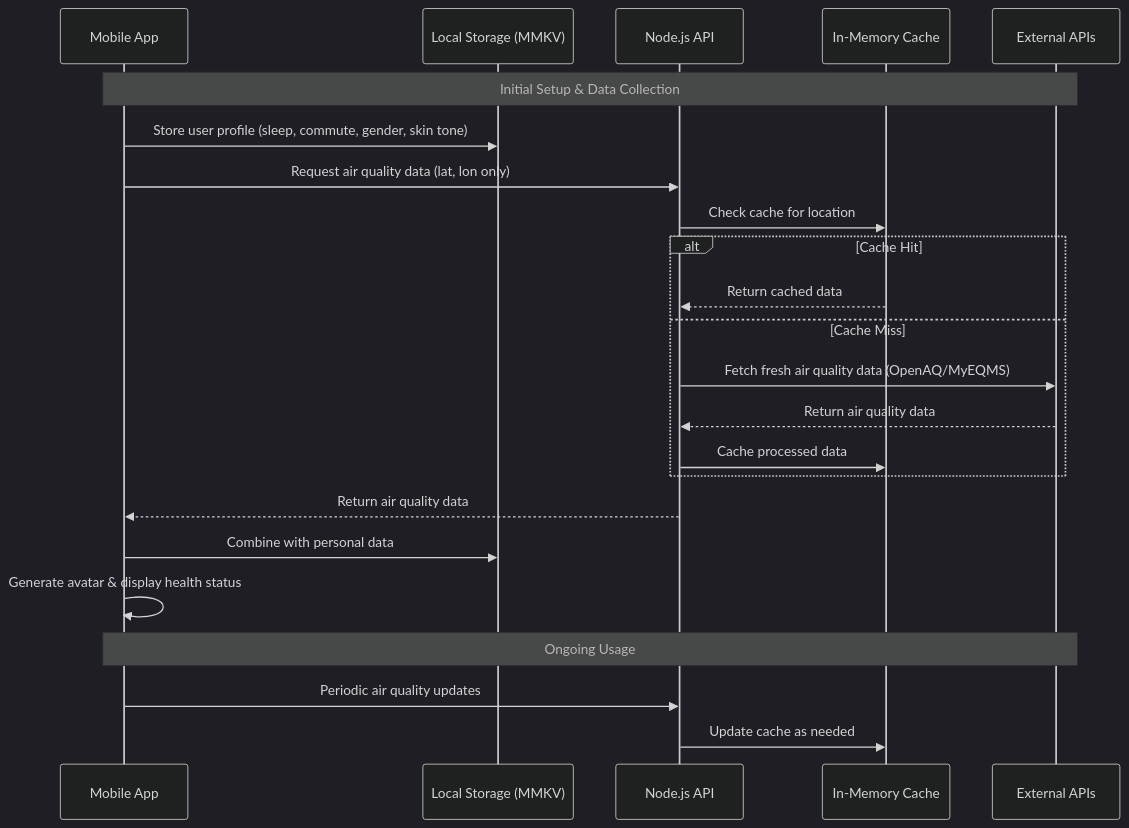
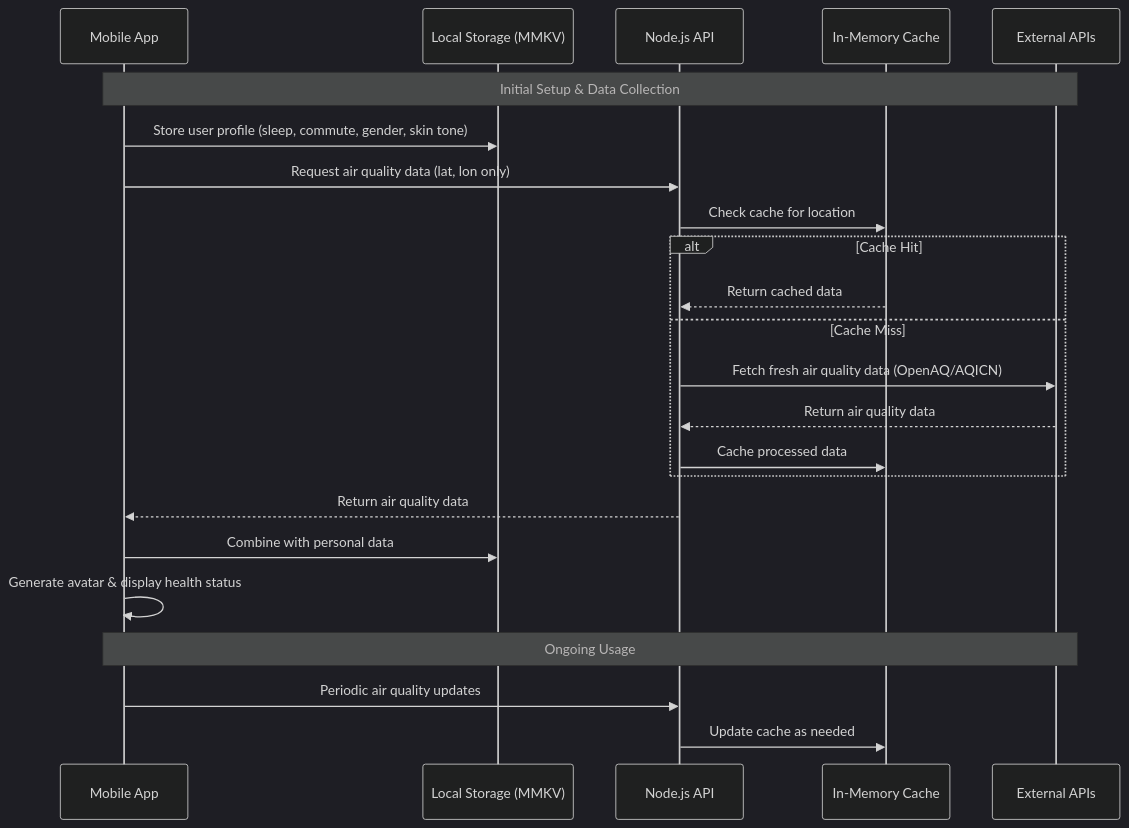
Before and after one commit to atan0168/mirrox: the second of 9 diagrams in docs/ARCHITECTURE.md, drawn with Mermaid (dark theme). The commit also changed other lines of this file and 11 other files, not shown here.

````diff
--- a/docs/ARCHITECTURE.md
+++ b/docs/ARCHITECTURE.md
@@ -61,29 +61,29 @@
 ```mermaid
 sequenceDiagram
     participant User as Mobile App
     participant Local as Local Storage (MMKV)
     participant Backend as Node.js API
     participant Cache as In-Memory Cache
     participant External as External APIs
 
     Note over User,External: Initial Setup & Data Collection
     User->>Local: Store user profile (sleep, commute, gender, skin tone)
     User->>Backend: Request air quality data (lat, lon only)
 
     Backend->>Cache: Check cache for location
     alt Cache Hit
         Cache-->>Backend: Return cached data
     else Cache Miss
-        Backend->>External: Fetch fresh air quality data (OpenAQ/MyEQMS)
+        Backend->>External: Fetch fresh air quality data (OpenAQ/AQICN)
         External-->>Backend: Return air quality data
         Backend->>Cache: Cache processed data
     end
 
     Backend-->>User: Return air quality data
     User->>Local: Combine with personal data
     User->>User: Generate avatar & display health status
 
     Note over User,External: Ongoing Usage
     User->>Backend: Periodic air quality updates
     Backend->>Cache: Update cache as needed
 ```
````
